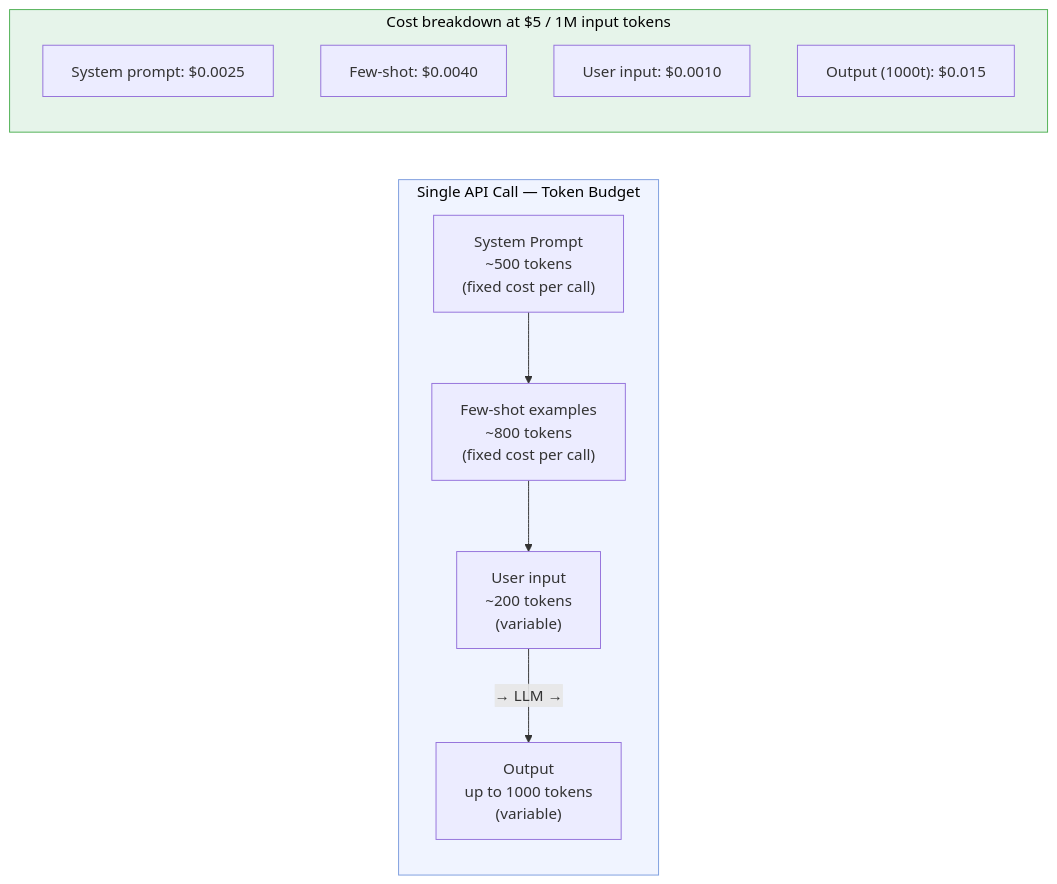
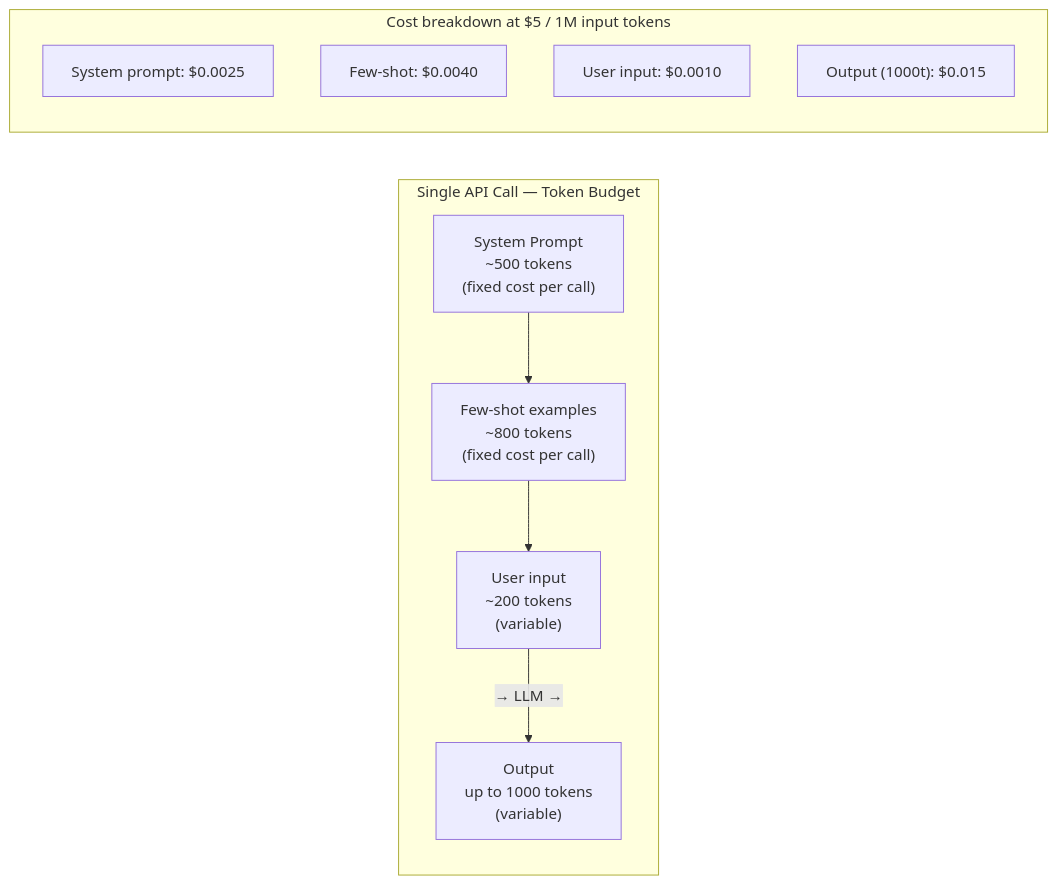
Diagram 17 of 24 in docs/notes/genstage-broadway-ai.md (bchassoul/notes), drawn with Mermaid before and after one commit. The commit also changed other lines of this file and 9 other files, not shown here.

Commit message:
Add diagrams and visual improvements across all notes

````diff
--- a/docs/notes/genstage-broadway-ai.md
+++ b/docs/notes/genstage-broadway-ai.md
@@ -1579,21 +1562,19 @@
 ```mermaid
 flowchart LR
     subgraph Request["Single API Call — Token Budget"]
         SP["System Prompt\n~500 tokens\n(fixed cost per call)"]
         FS["Few-shot examples\n~800 tokens\n(fixed cost per call)"]
         UI["User input\n~200 tokens\n(variable)"]
         OUT["Output\nup to 1000 tokens\n(variable)"]
     end
 
     SP --> FS --> UI -->|"→ LLM →"| OUT
 
     subgraph Cost["Cost breakdown at $5 / 1M input tokens"]
         C1["System prompt: $0.0025"]
         C2["Few-shot: $0.0040"]
         C3["User input: $0.0010"]
         C4["Output (1000t): $0.015"]
     end
 
-    style Request fill:#f0f4ff,stroke:#7b9cde,color:#000
-    style Cost fill:#e6f4ea,stroke:#4caf50,color:#000
 ```
````
